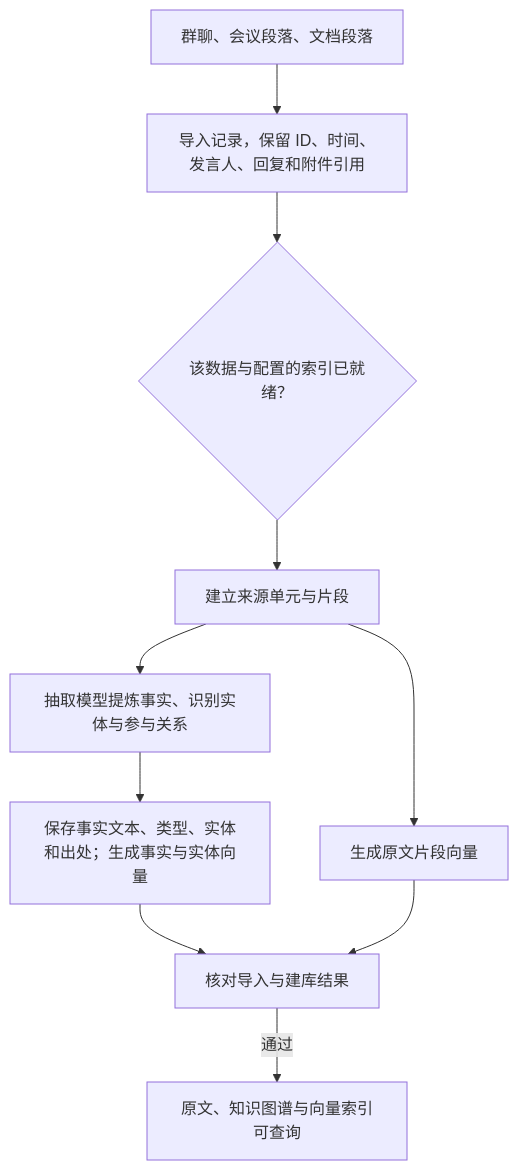
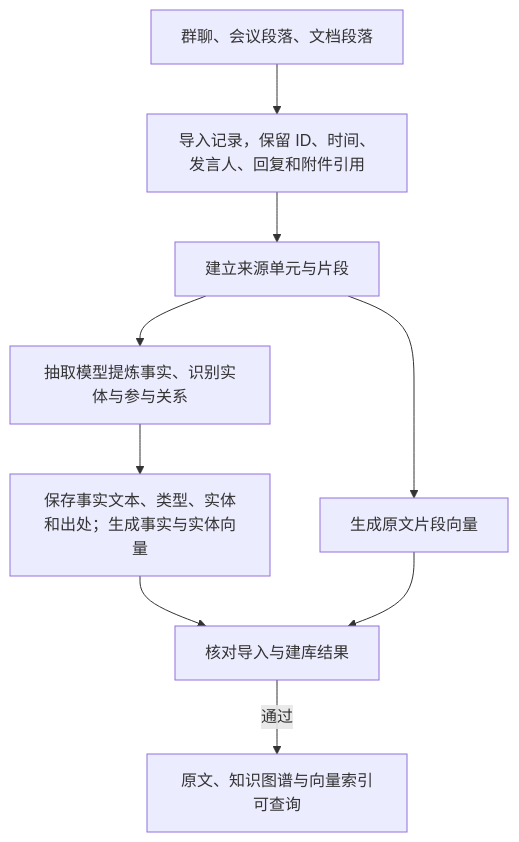
Before and after one commit to jjcylinder/mycontext: the first of 8 diagrams in MyContext增强.md, drawn with Mermaid.

````diff
--- a/MyContext增强.md
+++ b/MyContext增强.md
@@ -87,12 +87,11 @@
 ```mermaid
 flowchart TD
     A["群聊、会议段落、文档段落"] --> B["导入记录，保留 ID、时间、发言人、回复和附件引用"]
-    B --> C{"该数据与配置的索引已就绪？"}
-    C --> D["建立来源单元与片段"]
+    B --> D["建立来源单元与片段"]
     D --> E["抽取模型提炼事实、识别实体与参与关系"]
     D --> F["生成原文片段向量"]
     E --> G["保存事实文本、类型、实体和出处；生成事实与实体向量"]
     G --> I["核对导入与建库结果"]
     F --> I
     I -->|通过| H["原文、知识图谱与向量索引可查询"]
 ```
````
